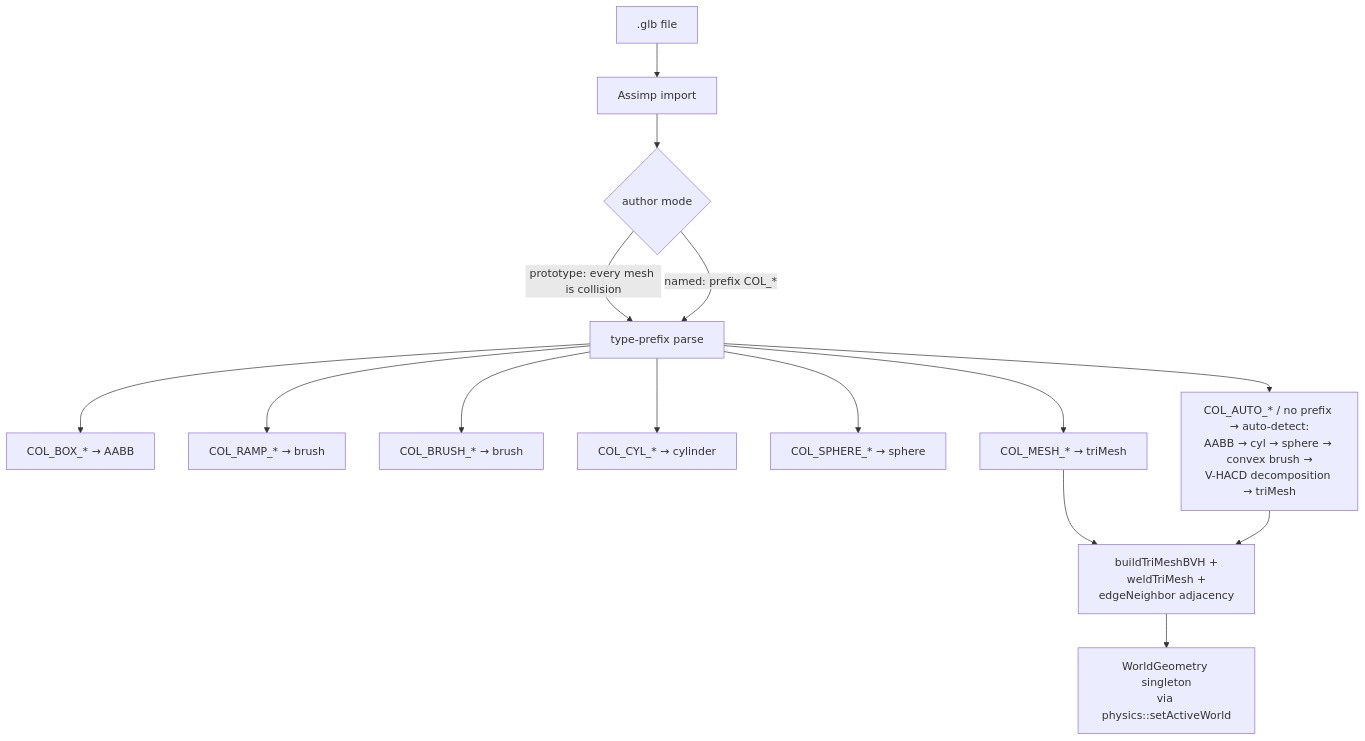
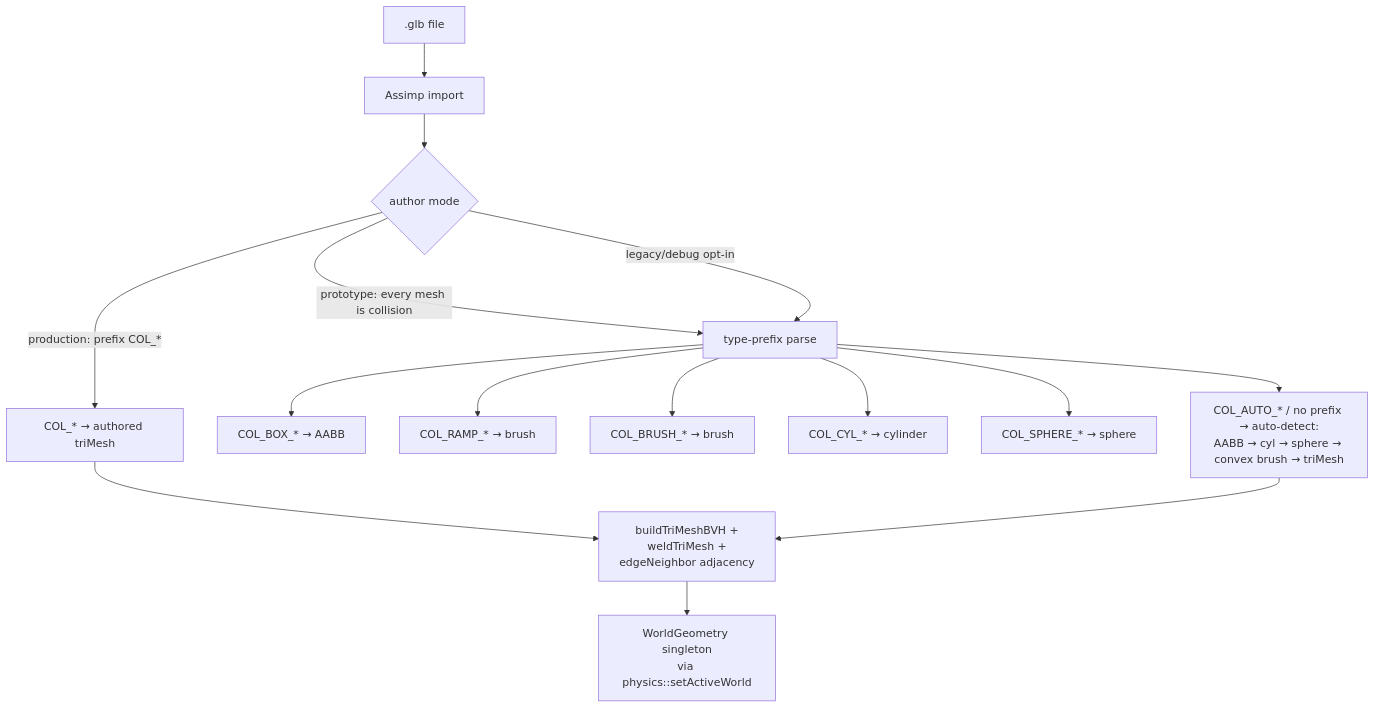
One commit to ucsd-cse125-sp26/group2 changed the third of 6 diagrams in docs/collisions.md. Above: the diagram before and after it, drawn with Mermaid. The commit also changed other lines of this file and 6 other files, not shown here.

````diff
--- a/docs/collisions.md
+++ b/docs/collisions.md
@@ -58,17 +58,17 @@
 ```mermaid
 flowchart TD
   GLB[.glb file] --> Imp[Assimp import]
   Imp --> AuthMode{author mode}
   AuthMode -- "prototype: every mesh is collision" --> Type
-  AuthMode -- "named: prefix COL_*" --> Type[type-prefix parse]
+  AuthMode -- "production: prefix COL_*" --> Mesh[COL_* → authored triMesh]
+  AuthMode -- "legacy/debug opt-in" --> Type[type-prefix parse]
   Type --> Box[COL_BOX_* → AABB]
   Type --> Ramp[COL_RAMP_* → brush]
   Type --> Brush[COL_BRUSH_* → brush]
   Type --> Cyl[COL_CYL_* → cylinder]
   Type --> Sphere[COL_SPHERE_* → sphere]
-  Type --> Mesh[COL_MESH_* → triMesh]
-  Type --> Auto[COL_AUTO_* / no prefix → auto-detect:<br/>AABB → cyl → sphere → convex brush →<br/>V-HACD decomposition → triMesh]
+  Type --> Auto[COL_AUTO_* / no prefix → auto-detect:<br/>AABB → cyl → sphere → convex brush → triMesh]
   Mesh --> Cook[buildTriMeshBVH +<br/>weldTriMesh +<br/>edgeNeighbor adjacency]
   Auto --> Cook
   Cook --> World[WorldGeometry singleton<br/>via physics::setActiveWorld]
 ```
````
